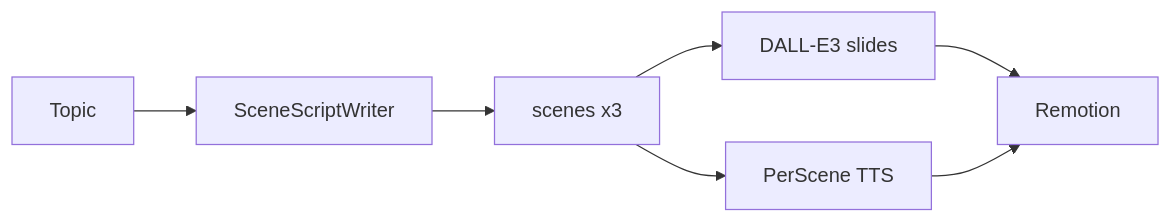
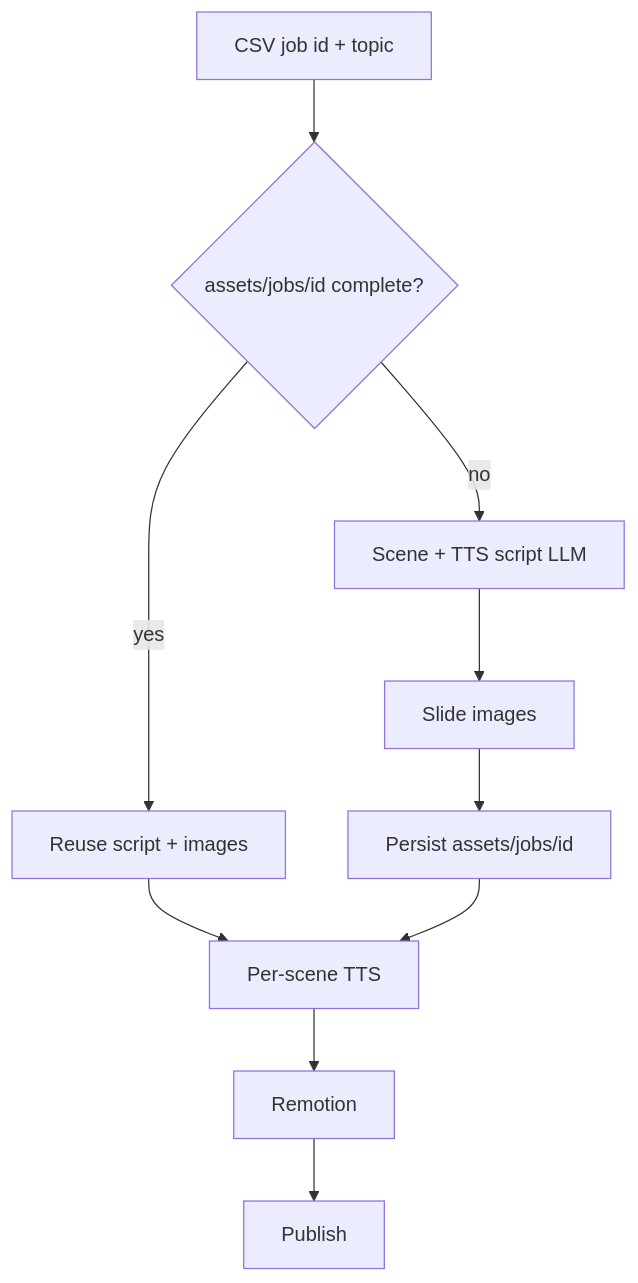
One commit to ducanh12980/Short-form-content-generator changed the second of 2 diagrams in docs/architecture/overview.md. Above: the diagram before and after it, drawn with Mermaid. The commit also changed other lines of this file and 12 other files, not shown here.

First line of the commit message:
feat: auto-generate and persist job assets when missing

````diff
--- a/docs/architecture/overview.md
+++ b/docs/architecture/overview.md
@@ -59,9 +59,12 @@
 ```mermaid
-flowchart LR
-  topic[Topic] --> sw[SceneScriptWriter]
-  sw --> scenes["scenes x3"]
-  scenes --> dalle[DALL-E3 slides]
-  scenes --> tts[PerScene TTS]
-  dalle --> remotion[Remotion]
-  tts --> remotion
+flowchart TD
+  job[CSV job id + topic] --> cache{"assets/jobs/id complete?"}
+  cache -->|yes| reuse[Reuse script + images]
+  cache -->|no| sw[Scene + TTS script LLM]
+  sw --> imgs[Slide images]
+  imgs --> save[Persist assets/jobs/id]
+  reuse --> tts[Per-scene TTS]
+  save --> tts
+  tts --> remotion[Remotion]
+  remotion --> publish[Publish]
 ```
````
